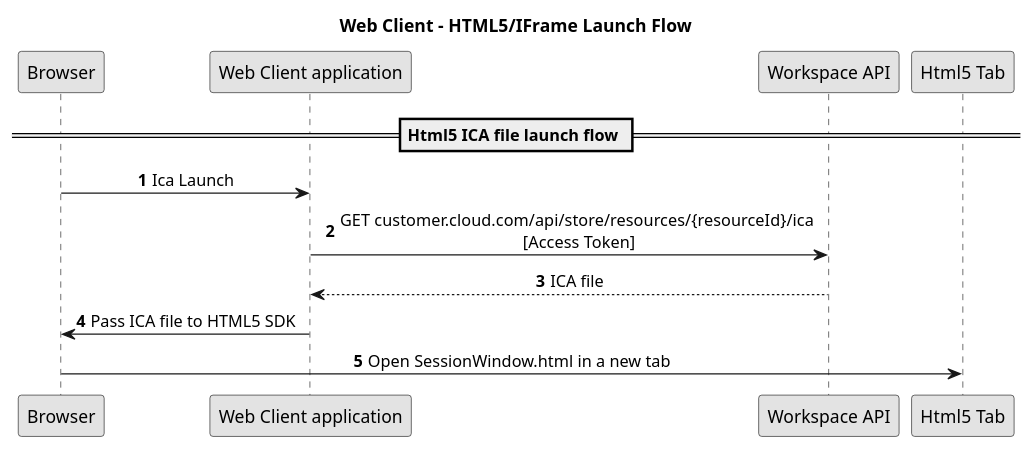
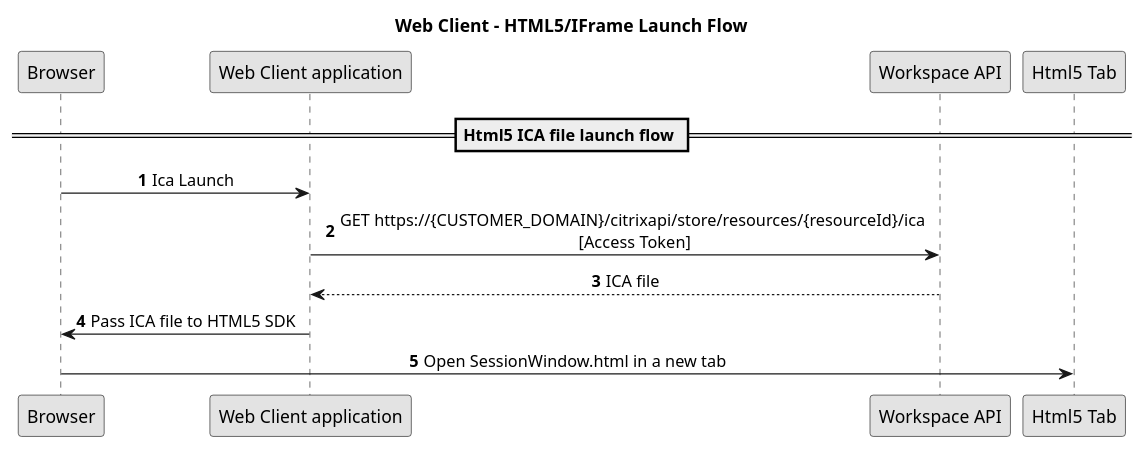
Before and after one commit to citrix/citrix-unified-workspace-api-web-example: the diagram in sequence/html5-launch-flow.puml, drawn with PlantUML. The commit also changed 23 other files, not shown here.

First line of the commit message:
Updating Unified Workspace API path from /api to /citrixapi (#4)

```diff
--- a/sequence/html5-launch-flow.puml
+++ b/sequence/html5-launch-flow.puml
@@ -1,18 +1,18 @@
 @startuml "html5-launch-flow"
 
 title Web Client - HTML5/IFrame Launch Flow
 skinparam DefaultTextAlignment Center
 skinparam monochrome true
 autonumber
 participant "Browser" as browser 
 participant "Web Client application" as wca
 participant "Workspace API" as wspapi
 participant "Html5 Tab" as tab 
 
 == Html5 ICA file launch flow ==
 browser -> wca : Ica Launch
-wca -> wspapi : GET customer.cloud.com/api/store/resources/{resourceId}/ica\n [Access Token]
+wca -> wspapi : GET https://{CUSTOMER_DOMAIN}/citrixapi/store/resources/{resourceId}/ica\n [Access Token]
 wspapi --> wca : ICA file
 wca -> browser: Pass ICA file to HTML5 SDK
 browser -> tab : Open SessionWindow.html in a new tab
 @enduml
```
